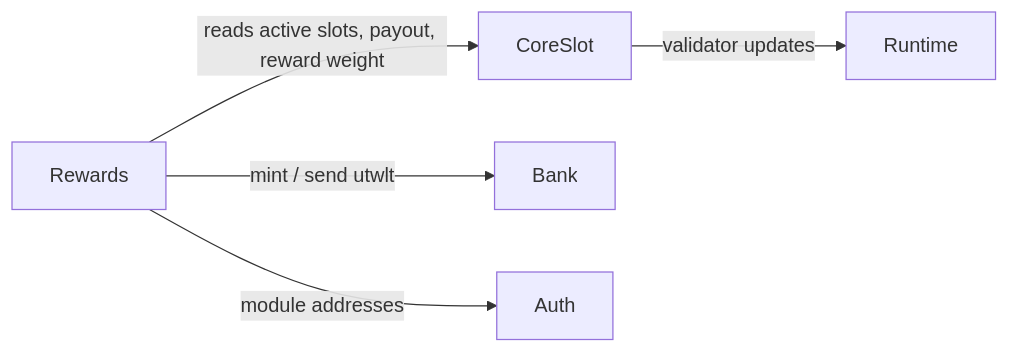
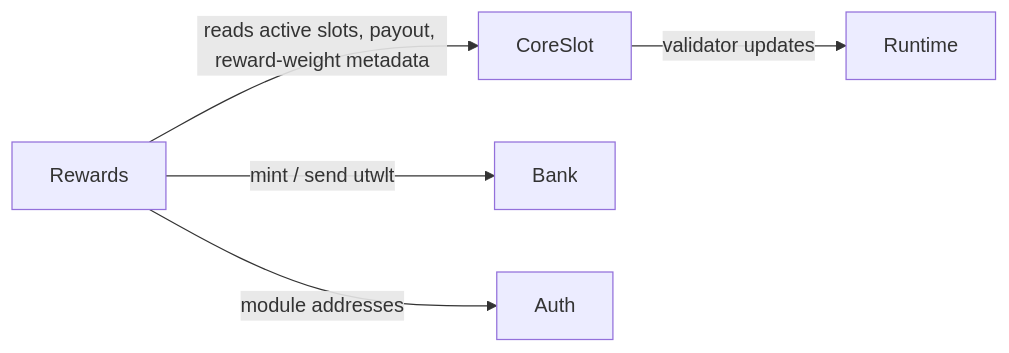
Before and after one commit to usmanshahid86/twilight-core: the diagram in website/docs/development/module-map.md, drawn with Mermaid. The commit also changed 4 other files, not shown here.

````diff
--- a/website/docs/development/module-map.md
+++ b/website/docs/development/module-map.md
@@ -22,7 +22,7 @@
 ```mermaid
 graph LR
-    Rewards -->|reads active slots, payout, reward weight| CoreSlot
+    Rewards -->|reads active slots, payout, reward-weight metadata| CoreSlot
     Rewards -->|mint / send utwlt| Bank
     Rewards -->|module addresses| Auth
     CoreSlot -->|validator updates| Runtime
 ```
````
